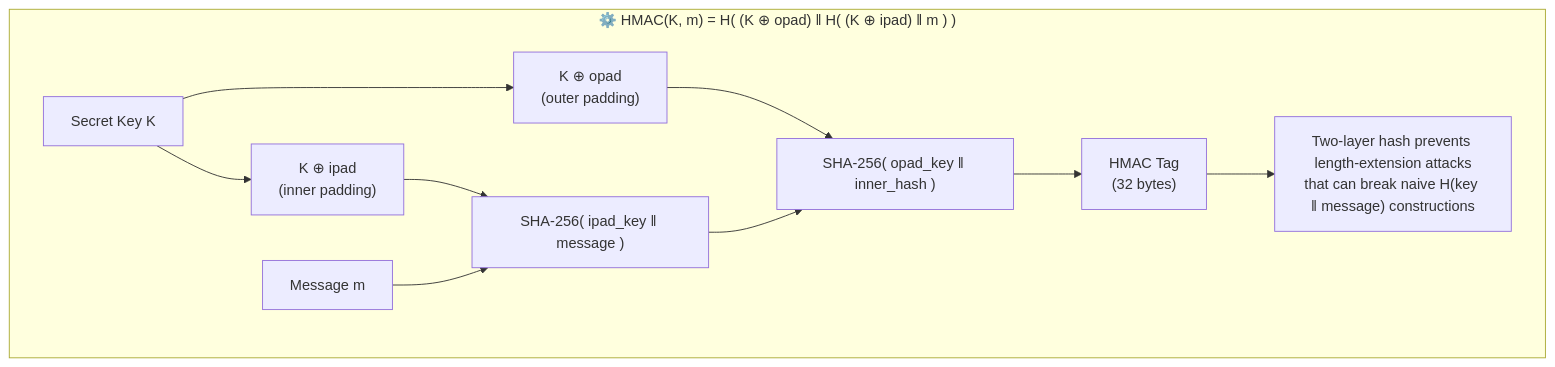
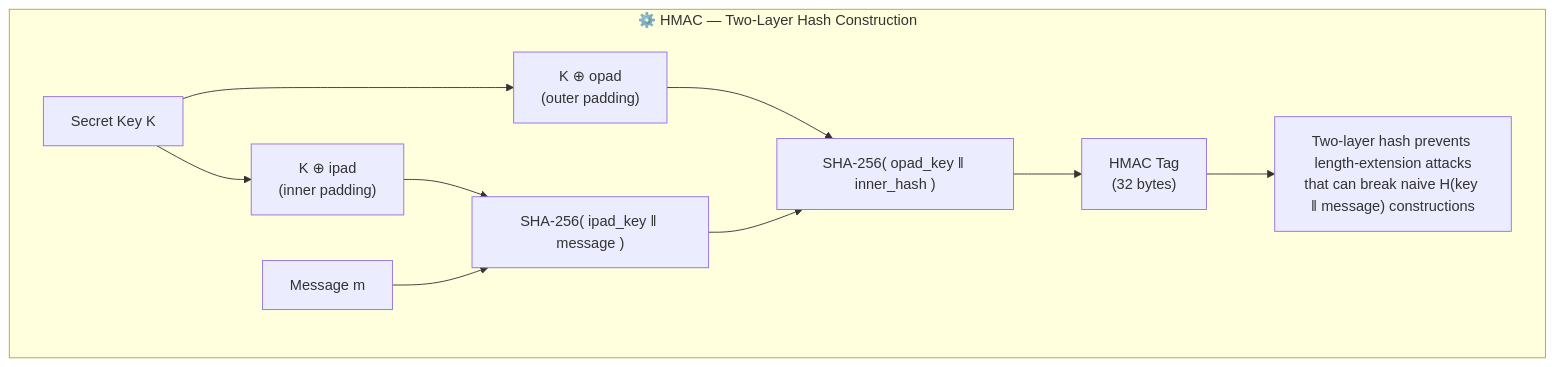
One commit to csoares/SecurityJava changed the second of 4 diagrams in src/main/java/security/mac/README.md. Above: the diagram before and after it, drawn with Mermaid. The commit also changed 10 other files, not shown here.

Commit message:
Refine README diagrams and descriptions for clarity and accuracy

````diff
--- a/src/main/java/security/mac/README.md
+++ b/src/main/java/security/mac/README.md
@@ -35,17 +35,17 @@
 ```mermaid
 flowchart TD
-    subgraph Construction ["⚙️ HMAC(K, m) = H( (K ⊕ opad) ‖ H( (K ⊕ ipad) ‖ m ) )"]
+    subgraph Construction ["⚙️ HMAC — Two-Layer Hash Construction"]
         K["Secret Key K"]
         M["Message m"]
         IPAD["K ⊕ ipad<br/>(inner padding)"]
         OPAD["K ⊕ opad<br/>(outer padding)"]
         H1["SHA-256( ipad_key ‖ message )"]
         H2["SHA-256( opad_key ‖ inner_hash )"]
         TAG["HMAC Tag<br/>(32 bytes)"]
         K --> IPAD --> H1
         M --> H1
         K --> OPAD --> H2
         H1 --> H2 --> TAG
         TAG --> NOTE["Two-layer hash prevents length-extension attacks<br/>that can break naive H(key ‖ message) constructions"]
     end
 ```
````
